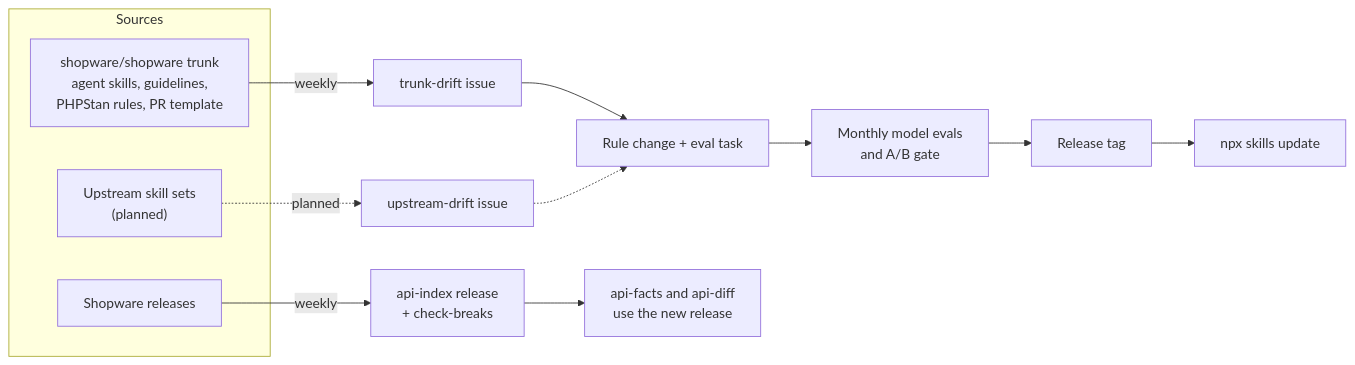
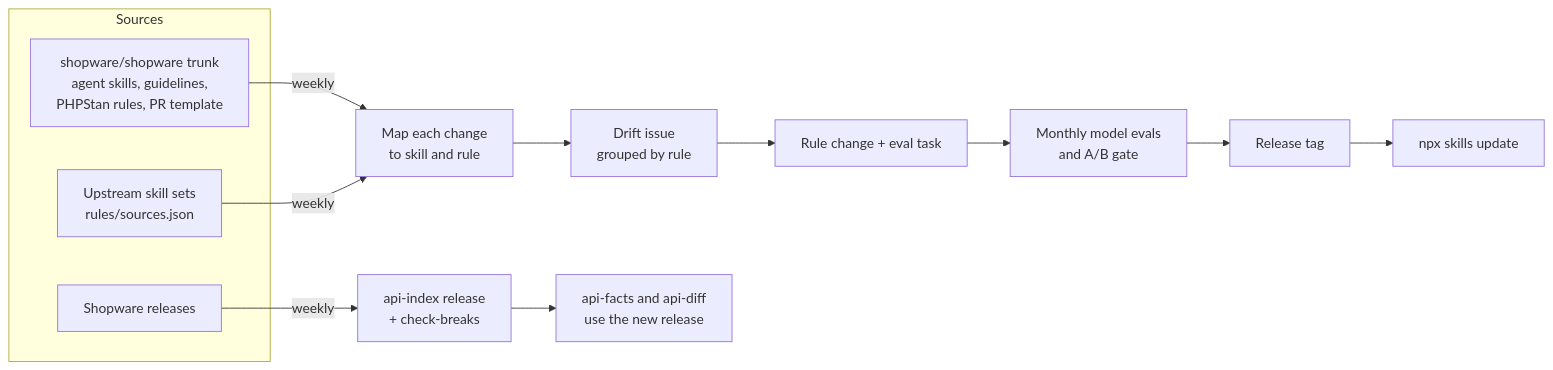
Before and after one commit to BrocksiNet/ai-skills-shopware: the diagram in docs/maintenance.md, drawn with Mermaid. The commit also changed other lines of this file and 25 other files, not shown here.

First line of the commit message:
feat(mining): many sources and a change-to-rule mapper (WP12 steps 1 and 2)

````diff
--- a/docs/maintenance.md
+++ b/docs/maintenance.md
@@ -7,17 +7,17 @@
 ```mermaid
 flowchart LR
   subgraph sources["Sources"]
     TRUNK["shopware/shopware trunk<br/>agent skills, guidelines,<br/>PHPStan rules, PR template"]
+    UP["Upstream skill sets<br/>rules/sources.json"]
     TAGS["Shopware releases"]
-    UP["Upstream skill sets<br/>(planned)"]
   end
-  TRUNK -- weekly --> DRIFT["trunk-drift issue"]
+  TRUNK -- weekly --> MAP["Map each change<br/>to skill and rule"]
+  UP -- weekly --> MAP
+  MAP --> DRIFT["Drift issue<br/>grouped by rule"]
   TAGS -- weekly --> INDEX["api-index release<br/>+ check-breaks"]
-  UP -. planned .-> WATCH["upstream-drift issue"]
   DRIFT --> PR["Rule change + eval task"]
-  WATCH -.-> PR
   INDEX --> FACTS["api-facts and api-diff<br/>use the new release"]
   PR --> EVALS["Monthly model evals<br/>and A/B gate"]
   EVALS --> REL["Release tag"]
   REL --> USER["npx skills update"]
 ```
````
